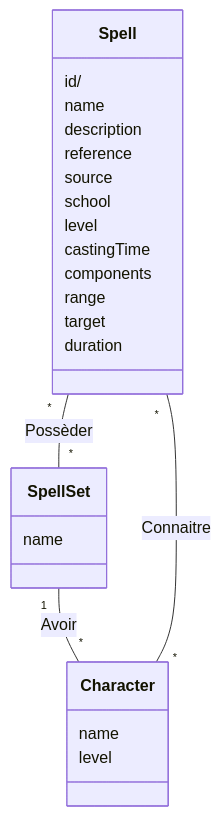
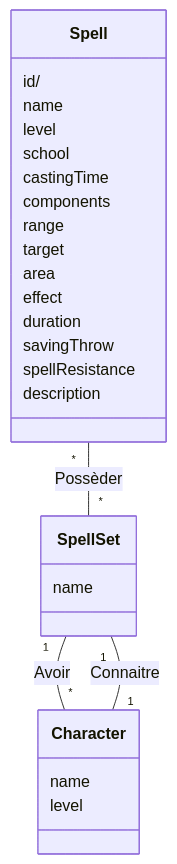
Before and after one commit to PiR194/SpellTastic: the second of 2 diagrams in README.md, drawn with Mermaid. The commit also changed other lines of this file, not shown here.

Commit message:
Update diagrams

````diff
--- a/README.md
+++ b/README.md
@@ -178,29 +182,31 @@
 ```mermaid
 classDiagram
 
     Spell "*" -- "*" SpellSet : Possèder
     SpellSet "1" -- "*" Character : Avoir
-    Spell "*" -- "*" Character : Connaitre
+    SpellSet "1" -- "1" Character : Connaitre
 
     class Spell{
         id/
         name
-        description
-        reference
-        source
+        level
         school
-        level
         castingTime
         components
         range
         target
+        area
+        effect
         duration
+        savingThrow
+        spellResistance
+        description
         }
     class SpellSet{
         name
     }
     class Character{
         name
         level
     }
 ```
````
